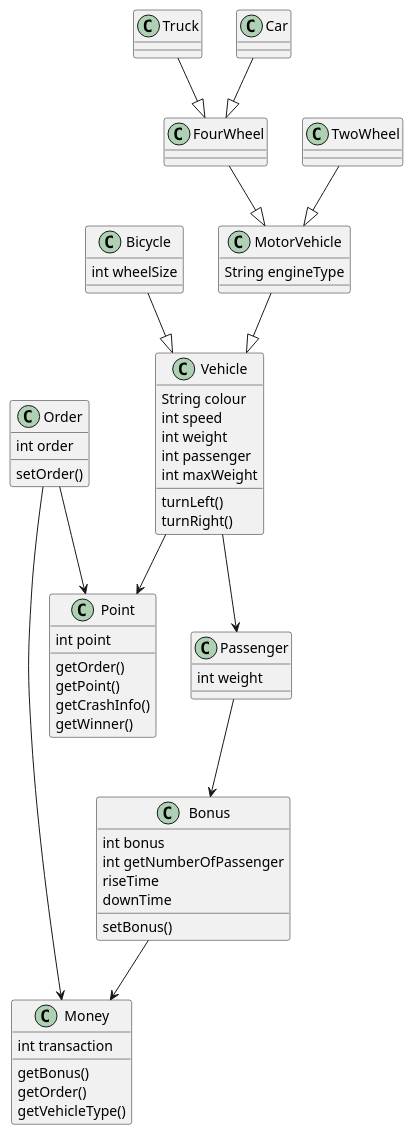
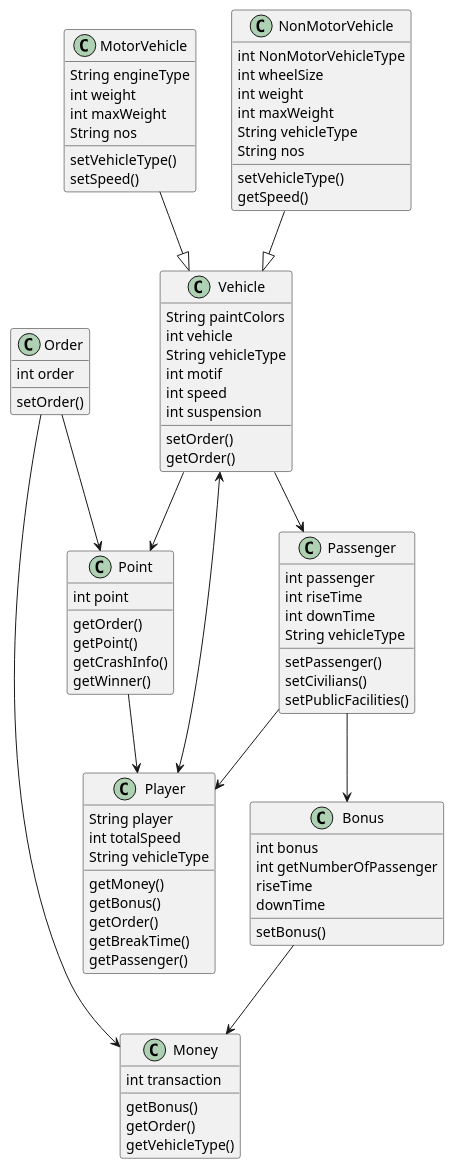
One commit to billymontolalu/thesis changed the diagram in src/balapan/case7.puml. Above: the diagram before and after it, drawn with PlantUML. The commit also changed 1 other file, not shown here.

```diff
--- a/src/balapan/case7.puml
+++ b/src/balapan/case7.puml
@@ -1,40 +1,66 @@
 @startuml
-Vehicle : String colour
+Vehicle : String paintColors
+Vehicle : int vehicle
+Vehicle : String vehicleType
+Vehicle : int motif
 Vehicle : int speed
-Vehicle : int weight
-Vehicle : int passenger
-Vehicle : int maxWeight
-Vehicle : turnLeft()
-Vehicle : turnRight()
-Passenger : int weight
-Bicycle : int wheelSize
+Vehicle : int suspension
+Vehicle : setOrder()
+Vehicle : getOrder()
+Passenger : int passenger
+Passenger : int riseTime
+Passenger : int downTime
+Passenger : String vehicleType
+Passenger : setPassenger()
+Passenger : setCivilians()
+Passenger : setPublicFacilities()
 MotorVehicle : String engineType
+MotorVehicle : int weight
+MotorVehicle : int maxWeight
+MotorVehicle : String nos
+MotorVehicle : setVehicleType()
+MotorVehicle : setSpeed()
+NonMotorVehicle : int NonMotorVehicleType
+NonMotorVehicle : int wheelSize
+NonMotorVehicle : int weight
+NonMotorVehicle : int maxWeight
+NonMotorVehicle : String vehicleType
+NonMotorVehicle : String nos
+NonMotorVehicle : setVehicleType()
+NonMotorVehicle : getSpeed()
 Point : int point
 Point : getOrder()
 Point : getPoint()
 Point : getCrashInfo()
 Point : getWinner()
 Money : int transaction
 Money : getBonus()
 Money : getOrder()
 Money : getVehicleType()
 Bonus : int bonus
 Bonus : int getNumberOfPassenger
 Bonus : riseTime
 Bonus : downTime
 Bonus : setBonus()
 Order : int order
 Order : setOrder()
-FourWheel --|> MotorVehicle
-Truck --|> FourWheel
-Car --|> FourWheel
-TwoWheel --|> MotorVehicle
-Bicycle --|> Vehicle
+Player : String player
+Player : int totalSpeed
+Player : String vehicleType
+Player : getMoney()
+Player : getBonus()
+Player : getOrder()
+Player : getBreakTime()
+Player : getPassenger()
 MotorVehicle --|> Vehicle
+NonMotorVehicle --|> Vehicle
 Vehicle --> Point
 Bonus --> Money
 Passenger --> Bonus
 Vehicle --> Passenger
 Order --> Money
 Order --> Point
+Vehicle <--> Player
+Point --> Player
+Passenger --> Player
 @enduml
```
